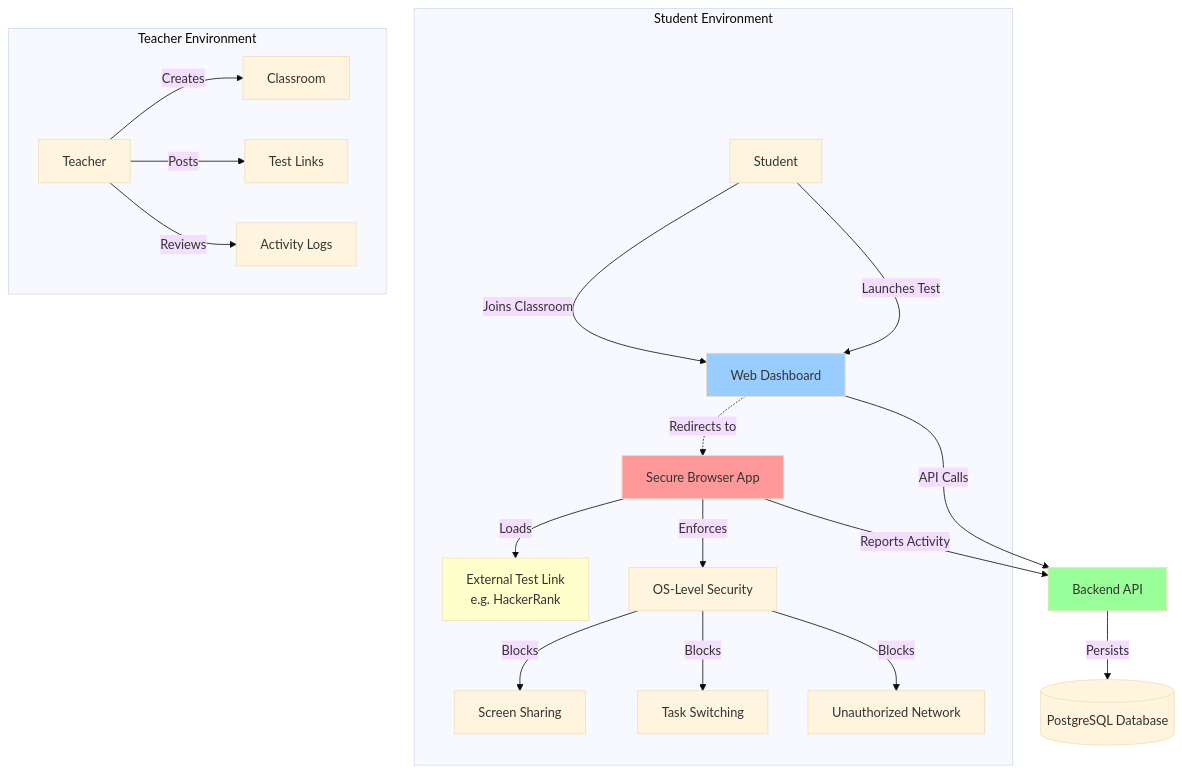
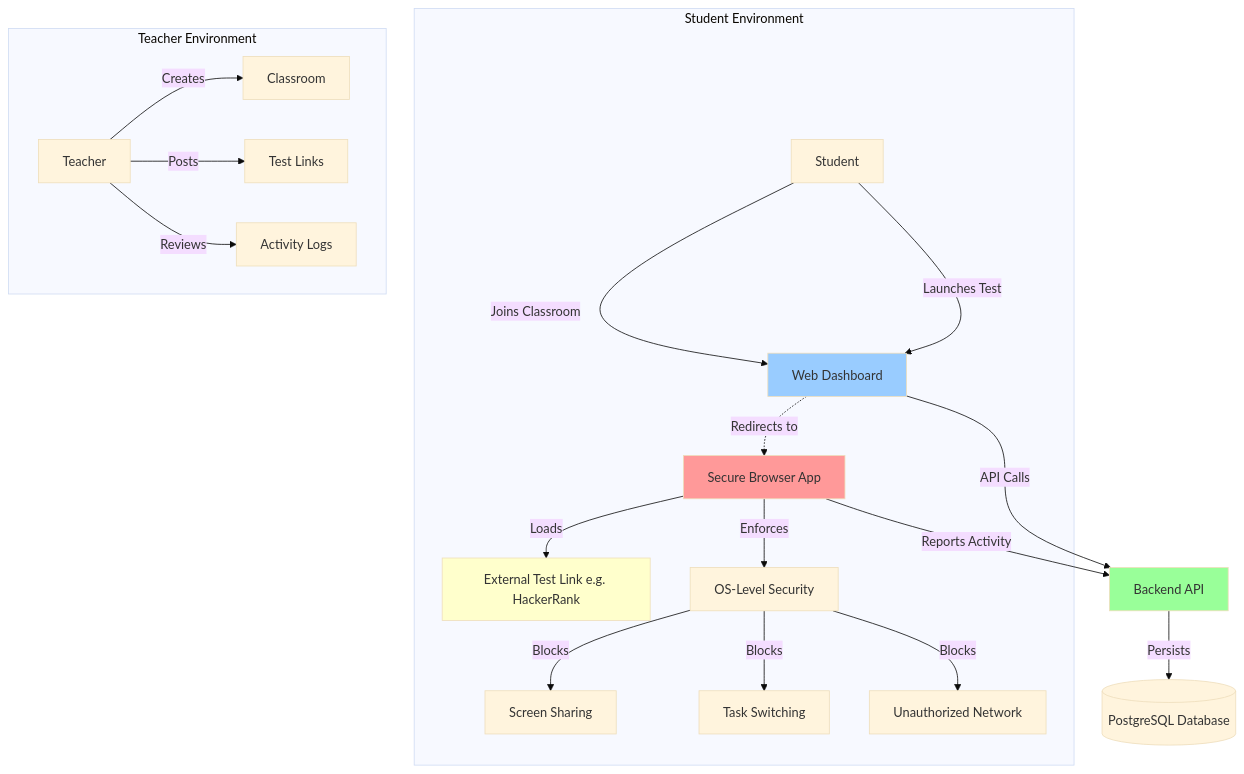
The first of 3 diagrams in docs/architecture.md (Vishal490404/Omniproctor), drawn with Mermaid (base theme) before and after one commit.

````diff
--- a/docs/architecture.md
+++ b/docs/architecture.md
@@ -11,28 +11,28 @@
 ```mermaid
 graph TD
     subgraph "Student Environment"
         A[Student] -->|Joins Classroom| H[Web Dashboard]
         A -->|Launches Test| H
         H -.->|Redirects to| B[Secure Browser App]
-        B -->|Loads| Ext[External Test Link\ne.g. HackerRank]
+        B -->|Loads| Ext[External Test Link e.g. HackerRank]
         B -->|Enforces| OS[OS-Level Security]
         OS -->|Blocks| SS[Screen Sharing]
         OS -->|Blocks| TS[Task Switching]
         OS -->|Blocks| NW[Unauthorized Network]
     end
     
     subgraph "Teacher Environment"
         T[Teacher] -->|Creates| C[Classroom]
         T -->|Posts| L[Test Links]
         T -->|Reviews| R[Activity Logs]
     end
 
     B -->|Reports Activity| API[Backend API]
     H -->|API Calls| API
     API -->|Persists| DB[(PostgreSQL Database)]
 
     style B fill:#ff9999
     style H fill:#99ccff
     style API fill:#99ff99
     style Ext fill:#ffffcc
 ```
````
